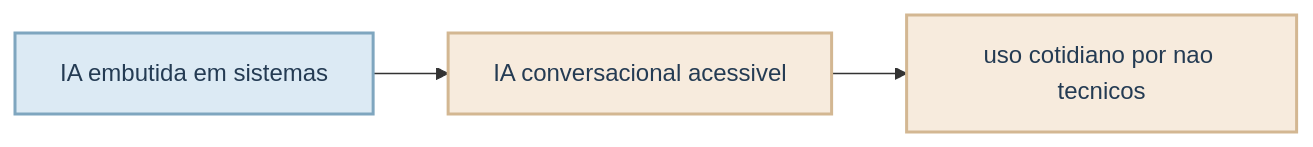
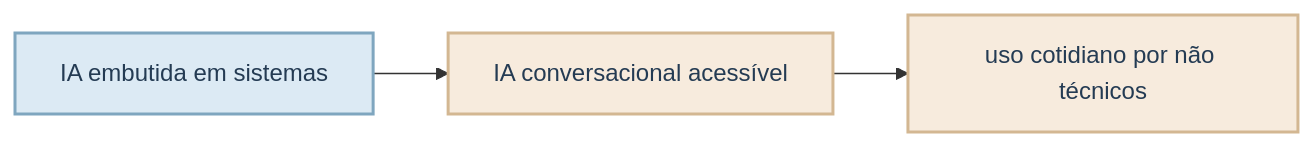
The fourth of 51 diagrams in temas/introducao_pratica_ia_e_genia/estudo/aula1.qmd (mikaelakihitto/self-study-data-science), drawn with Mermaid before and after one commit. The commit also changed other lines of this file, not shown here.

````diff
--- a/temas/introducao_pratica_ia_e_genia/estudo/aula1.qmd
+++ b/temas/introducao_pratica_ia_e_genia/estudo/aula1.qmd
@@ -113,16 +104,16 @@
 ```{mermaid}
 %%| fig-align: center
 %%| out-width: 72%
 graph LR
     T1[IA embutida em sistemas]
-    T2[IA conversacional acessivel]
+    T2[IA conversacional acessível]
     T1 --> T2
-    T3[uso cotidiano por nao tecnicos]
+    T3[uso cotidiano por não técnicos]
     T2 --> T3
     %% Definicao das cores
     classDef styleAzul fill:#DCEAF4,stroke:#7FA6BF,stroke-width:2px,color:#243B53;
     classDef styleVerde fill:#E7F2E8,stroke:#90B29A,stroke-width:2px,color:#243B53;
     classDef styleAreia fill:#F7EBDD,stroke:#D3B792,stroke-width:2px,color:#243B53;
     class T1 styleAzul;
     class T2,T3 styleAreia;
 ```
````
